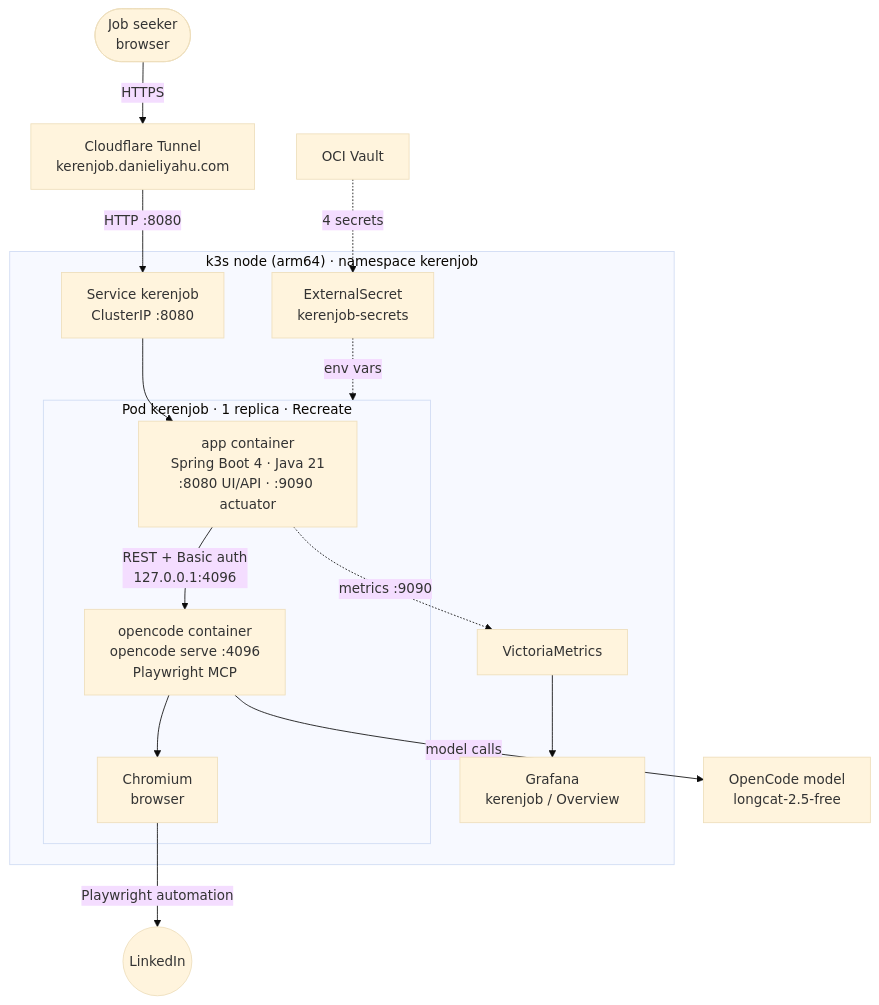
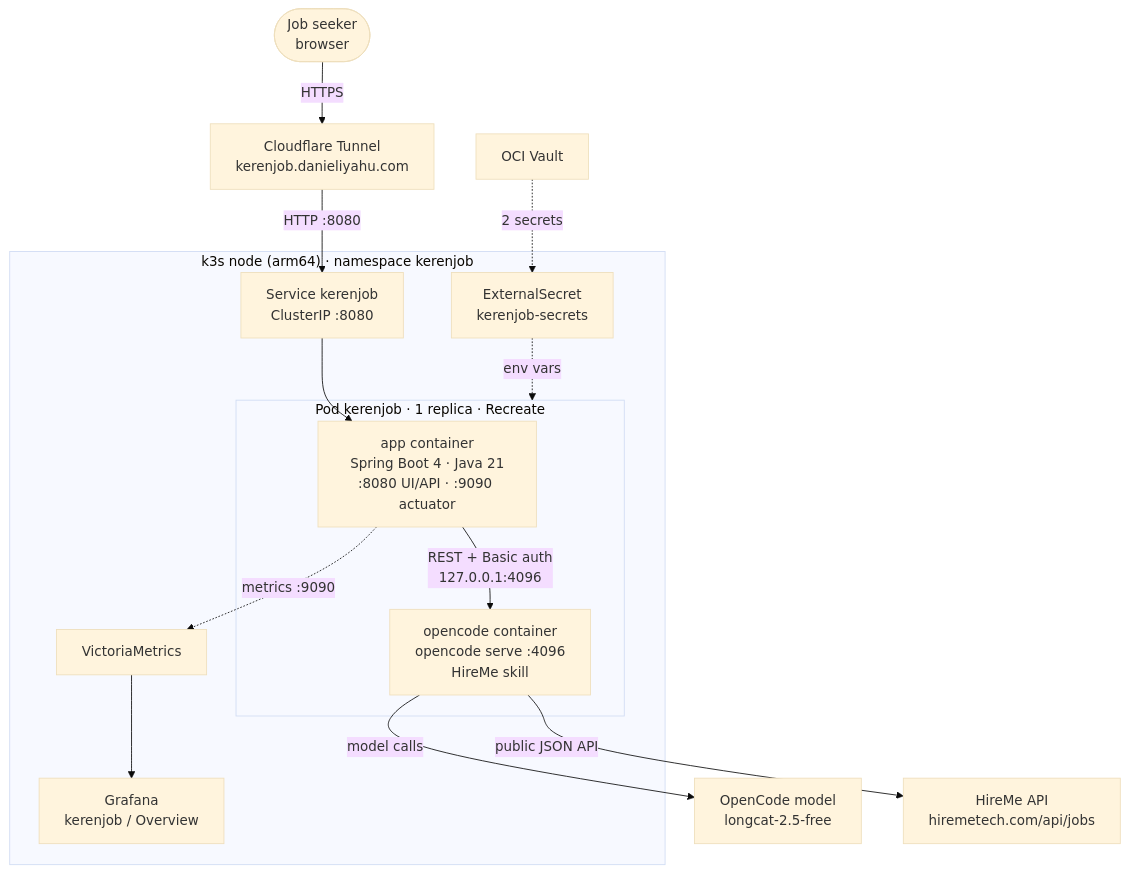
Before and after one commit to danieliyahu1/keren-job: the first of 3 diagrams in README.md, drawn with Mermaid (base theme). The commit also changed other lines of this file, not shown here.

Commit message:
docs: describe the hiremetech-only search

````diff
--- a/README.md
+++ b/README.md
@@ -14,36 +13,34 @@
 ```mermaid
 flowchart TB
     user(["Job seeker<br/>browser"])
     cf["Cloudflare Tunnel<br/>kerenjob.danieliyahu.com"]
     vault["OCI Vault"]
 
     subgraph k8s["k3s node (arm64) · namespace kerenjob"]
         svc["Service kerenjob<br/>ClusterIP :8080"]
 
         subgraph pod["Pod kerenjob · 1 replica · Recreate"]
             app["app container<br/>Spring Boot 4 · Java 21<br/>:8080 UI/API · :9090 actuator"]
-            oc["opencode container<br/>opencode serve :4096<br/>Playwright MCP"]
-            chromium["Chromium<br/>browser"]
+            oc["opencode container<br/>opencode serve :4096<br/>HireMe skill"]
             app -->|"REST + Basic auth<br/>127.0.0.1:4096"| oc
-            oc --> chromium
         end
 
         ext["ExternalSecret<br/>kerenjob-secrets"]
         vm["VictoriaMetrics"]
         grafana["Grafana<br/>kerenjob / Overview"]
 
         ext -.->|"env vars"| pod
         app -.->|"metrics :9090"| vm
         vm --> grafana
     end
 
     model["OpenCode model<br/>longcat-2.5-free"]
-    linkedin(("LinkedIn"))
+    hireme["HireMe API<br/>hiremetech.com/api/jobs"]
 
     user -->|"HTTPS"| cf
     cf -->|"HTTP :8080"| svc
     svc --> app
-    vault -.->|"4 secrets"| ext
-    chromium -->|"Playwright automation"| linkedin
+    vault -.->|"2 secrets"| ext
     oc -->|"model calls"| model
+    oc -->|"public JSON API"| hireme
 ```
````
